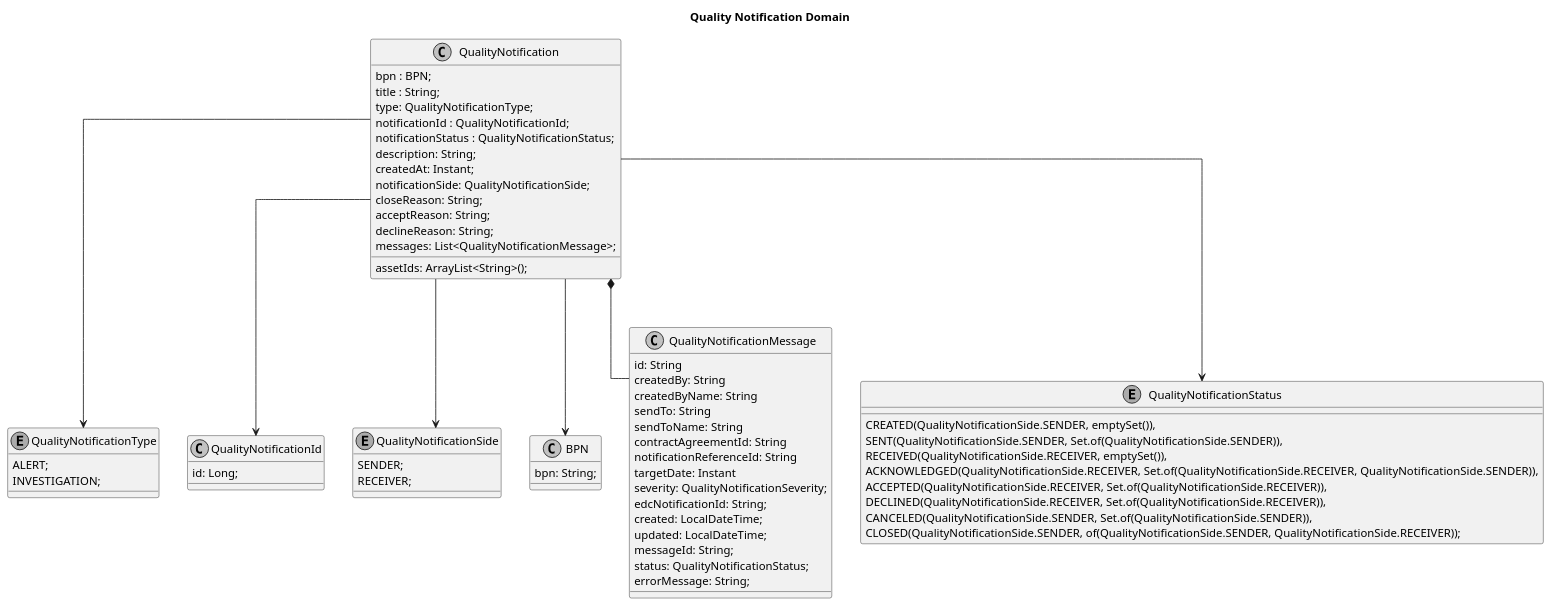
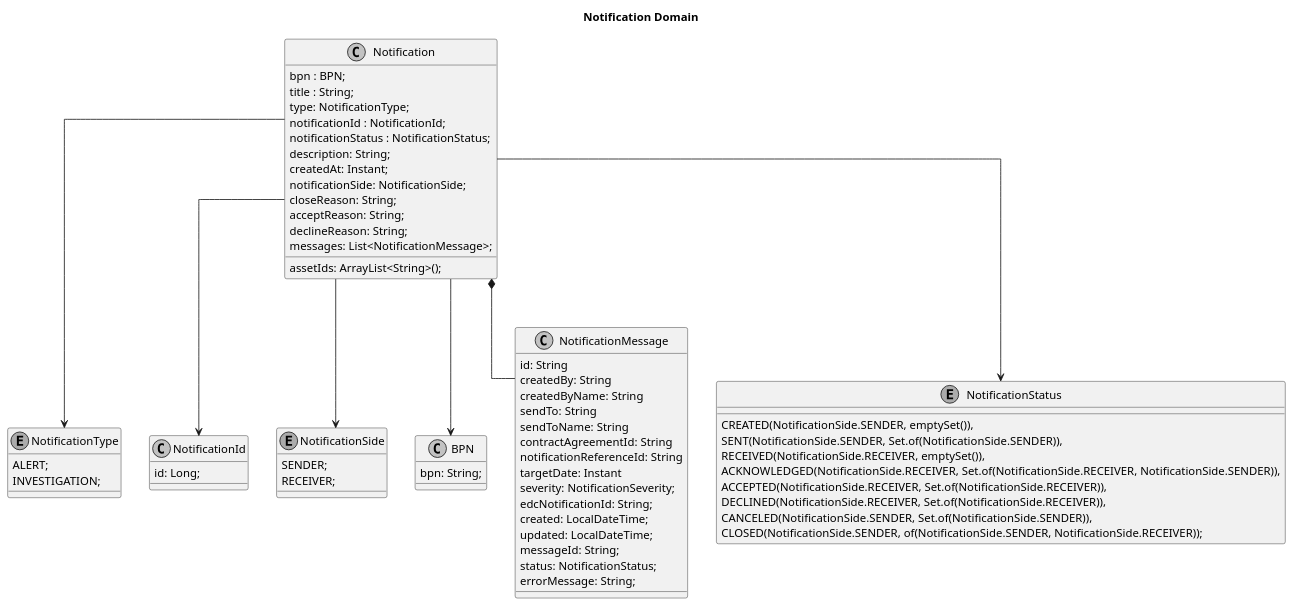
The diagram in docs/src/uml-diagrams/arc42/cross-cutting/domain-model/domain-model-quality-notifications.puml (eclipse-tractusx/traceability-foss), drawn with PlantUML before and after one commit.

Commit message:
chore(tx-backend) #706 domain doc change

```diff
--- a/docs/src/uml-diagrams/arc42/cross-cutting/domain-model/domain-model-quality-notifications.puml
+++ b/docs/src/uml-diagrams/arc42/cross-cutting/domain-model/domain-model-quality-notifications.puml
@@ -1,75 +1,75 @@
 @startuml
 skinparam monochrome true
 skinparam shadowing false
 skinparam defaultFontName "Architects daughter"
 skinparam linetype ortho
-title: Quality Notification Domain
+title: Notification Domain
 
-class QualityNotification {
+class Notification {
     bpn : BPN;
     title : String;
-    type: QualityNotificationType;
-    notificationId : QualityNotificationId;
-    notificationStatus : QualityNotificationStatus;
+    type: NotificationType;
+    notificationId : NotificationId;
+    notificationStatus : NotificationStatus;
     description: String;
     createdAt: Instant;
-    notificationSide: QualityNotificationSide;
+    notificationSide: NotificationSide;
     assetIds: ArrayList<String>();
     closeReason: String;
     acceptReason: String;
     declineReason: String;
-    messages: List<QualityNotificationMessage>;
+    messages: List<NotificationMessage>;
 }
 
-enum QualityNotificationType{
+enum NotificationType{
     ALERT;
     INVESTIGATION;
 }
 
-class QualityNotificationId {
+class NotificationId {
 id: Long;
 }
 
-enum QualityNotificationSide{
+enum NotificationSide{
     SENDER;
     RECEIVER;
 }
 class BPN{
 bpn: String;
 }
-class QualityNotificationMessage {
+class NotificationMessage {
    id: String
    createdBy: String
    createdByName: String
    sendTo: String
    sendToName: String
    contractAgreementId: String
    notificationReferenceId: String
    targetDate: Instant
-   severity: QualityNotificationSeverity;
+   severity: NotificationSeverity;
    edcNotificationId: String;
    created: LocalDateTime;
    updated: LocalDateTime;
    messageId: String;
-   status: QualityNotificationStatus;
+   status: NotificationStatus;
    errorMessage: String;
 }
 
-enum QualityNotificationStatus{
- CREATED(QualityNotificationSide.SENDER, emptySet()),
-    SENT(QualityNotificationSide.SENDER, Set.of(QualityNotificationSide.SENDER)),
-    RECEIVED(QualityNotificationSide.RECEIVER, emptySet()),
-    ACKNOWLEDGED(QualityNotificationSide.RECEIVER, Set.of(QualityNotificationSide.RECEIVER, QualityNotificationSide.SENDER)),
-    ACCEPTED(QualityNotificationSide.RECEIVER, Set.of(QualityNotificationSide.RECEIVER)),
-    DECLINED(QualityNotificationSide.RECEIVER, Set.of(QualityNotificationSide.RECEIVER)),
-    CANCELED(QualityNotificationSide.SENDER, Set.of(QualityNotificationSide.SENDER)),
-    CLOSED(QualityNotificationSide.SENDER, of(QualityNotificationSide.SENDER, QualityNotificationSide.RECEIVER));
+enum NotificationStatus{
+ CREATED(NotificationSide.SENDER, emptySet()),
+    SENT(NotificationSide.SENDER, Set.of(NotificationSide.SENDER)),
+    RECEIVED(NotificationSide.RECEIVER, emptySet()),
+    ACKNOWLEDGED(NotificationSide.RECEIVER, Set.of(NotificationSide.RECEIVER, NotificationSide.SENDER)),
+    ACCEPTED(NotificationSide.RECEIVER, Set.of(NotificationSide.RECEIVER)),
+    DECLINED(NotificationSide.RECEIVER, Set.of(NotificationSide.RECEIVER)),
+    CANCELED(NotificationSide.SENDER, Set.of(NotificationSide.SENDER)),
+    CLOSED(NotificationSide.SENDER, of(NotificationSide.SENDER, NotificationSide.RECEIVER));
  }
 
-QualityNotification --> QualityNotificationId
-QualityNotification --> BPN
-QualityNotification --> QualityNotificationType
-QualityNotification --> QualityNotificationStatus
-QualityNotification --> QualityNotificationSide
-QualityNotification *-- QualityNotificationMessage
+Notification --> NotificationId
+Notification --> BPN
+Notification --> NotificationType
+Notification --> NotificationStatus
+Notification --> NotificationSide
+Notification *-- NotificationMessage
 @enduml
```
